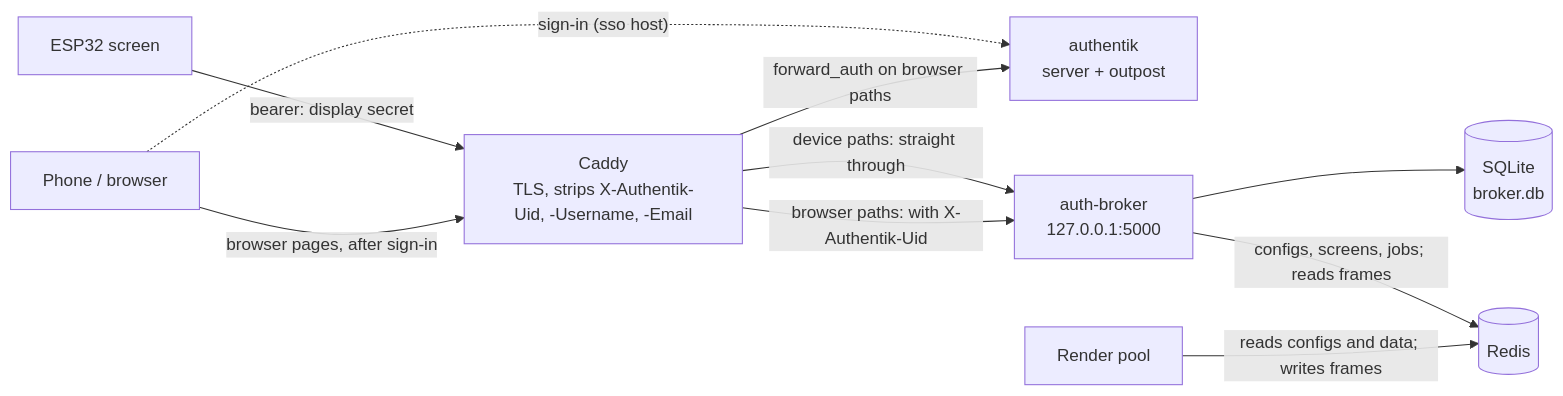
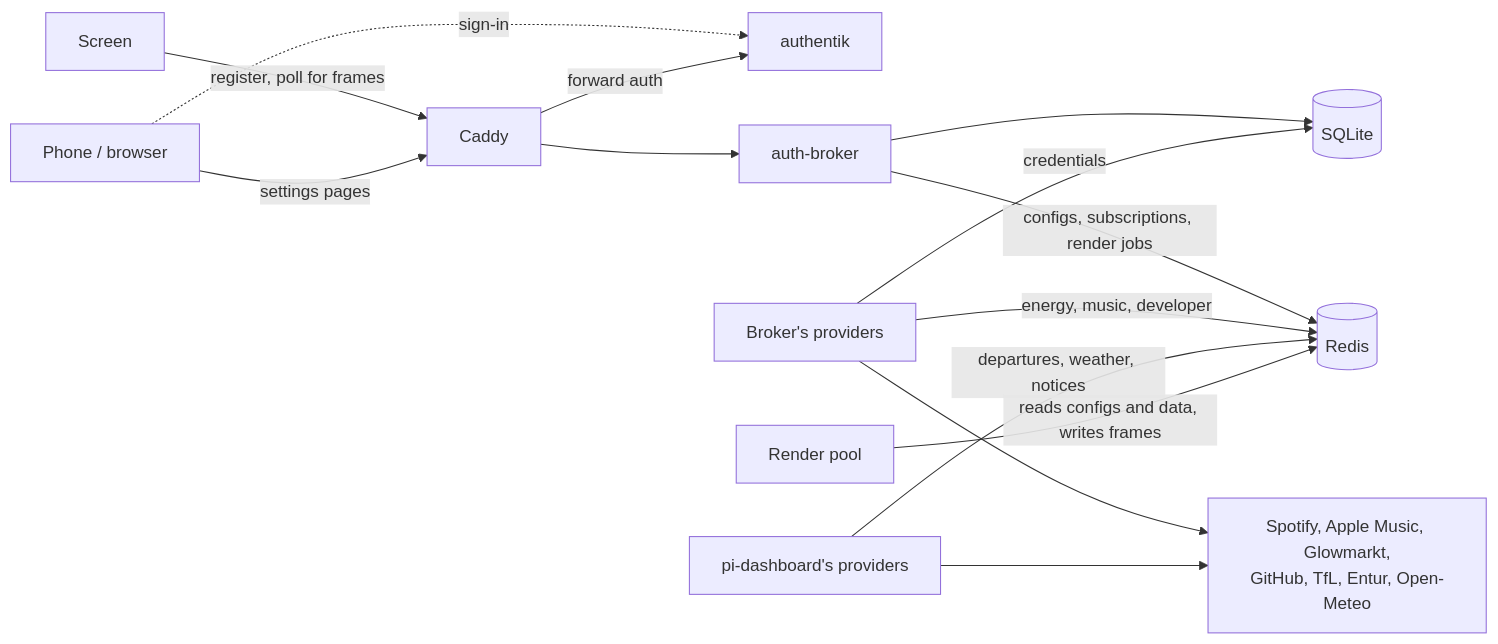
The first of 4 diagrams in docs/architecture.md (nvorkinn/auth-broker), drawn with Mermaid before and after one commit. The commit also changed other lines of this file and 6 other files, not shown here.

````diff
--- a/docs/architecture.md
+++ b/docs/architecture.md
@@ -32,21 +23,28 @@
 ```mermaid
 flowchart LR
-    ESP["ESP32 screen"]
+    ESP["Screen"]
     PH["Phone / browser"]
-    CD["Caddy<br/>TLS, strips X-Authentik-Uid, -Username, -Email"]
-    AK["authentik<br/>server + outpost"]
-    BR["auth-broker<br/>127.0.0.1:5000"]
-    DB[("SQLite<br/>broker.db")]
+    CD["Caddy"]
+    AK["authentik"]
+    BR["auth-broker"]
+    DB[("SQLite")]
     RD[("Redis")]
+    BP["Broker's providers"]
+    PP["pi-dashboard's providers"]
     RP["Render pool"]
+    API["Spotify, Apple Music, Glowmarkt,<br/>GitHub, TfL, Entur, Open-Meteo"]
 
-    ESP -- "bearer: display secret" --> CD
-    PH -- "browser pages, after sign-in" --> CD
-    PH -. "sign-in (sso host)" .-> AK
-    CD -- "forward_auth on browser paths" --> AK
-    CD -- "device paths: straight through" --> BR
-    CD -- "browser paths: with X-Authentik-Uid" --> BR
+    ESP -- "register, poll for frames" --> CD
+    PH -- "settings pages" --> CD
+    PH -. "sign-in" .-> AK
+    CD -- "forward auth" --> AK
+    CD --> BR
     BR --> DB
-    BR -- "configs, screens, jobs; reads frames" --> RD
-    RP -- "reads configs and data; writes frames" --> RD
+    BP -- "credentials" --> DB
+    BR -- "configs, subscriptions, render jobs" --> RD
+    BP -- "energy, music, developer" --> RD
+    PP -- "departures, weather, notices" --> RD
+    RP -- "reads configs and data, writes frames" --> RD
+    BP --> API
+    PP --> API
 ```
````
